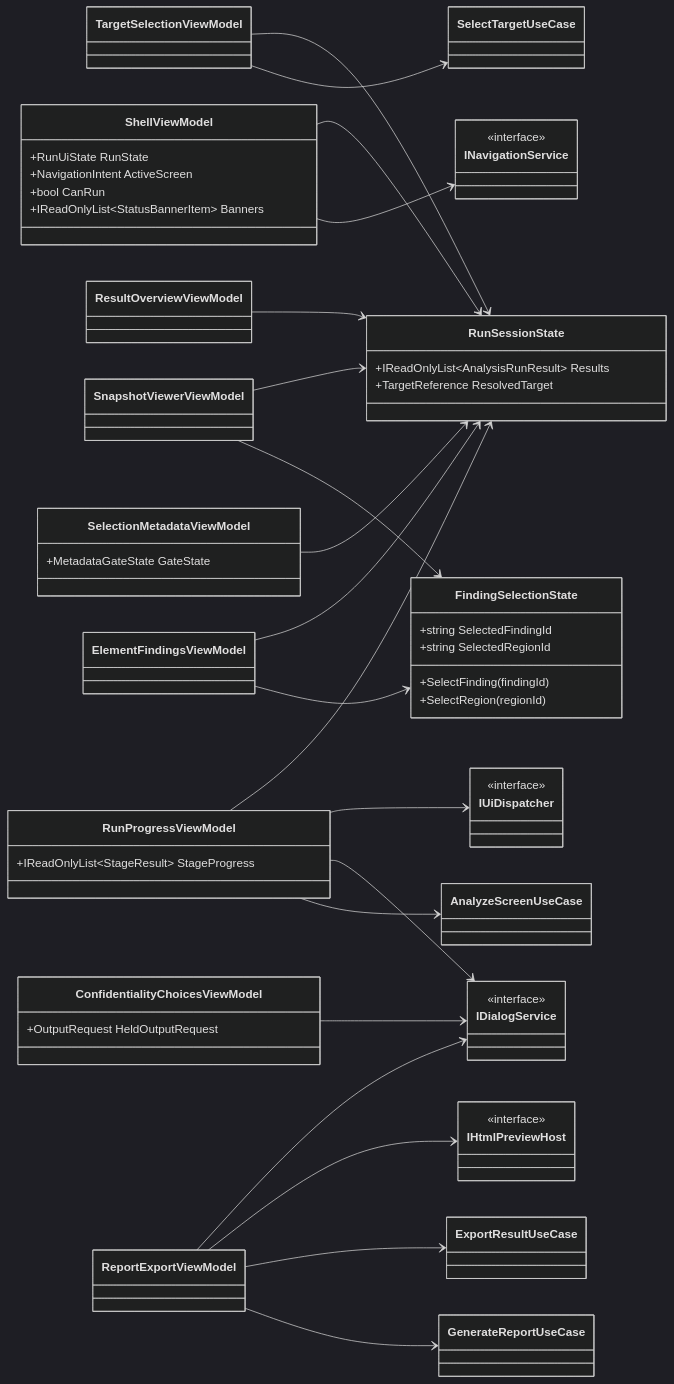
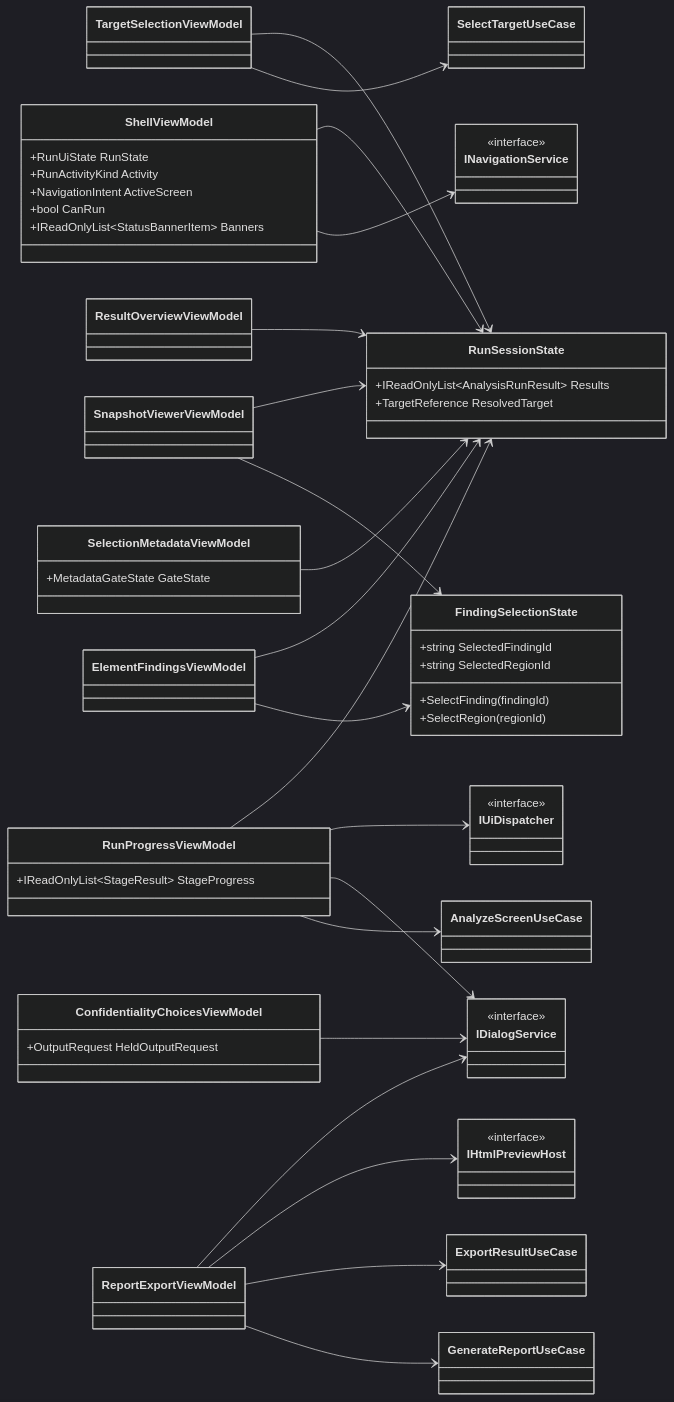
Before and after one commit to urario/Surveyor: the first of 3 diagrams in knowledge/design/des-0016-operating-ui-detailed-design.md, drawn with Mermaid (dark theme). The commit also changed other lines of this file and 1 other file, not shown here.

````diff
--- a/knowledge/design/des-0016-operating-ui-detailed-design.md
+++ b/knowledge/design/des-0016-operating-ui-detailed-design.md
@@ -381,68 +408,69 @@
 ```mermaid
 classDiagram
   direction LR
 
   class ShellViewModel {
     +RunUiState RunState
+    +RunActivityKind Activity
     +NavigationIntent ActiveScreen
     +bool CanRun
     +IReadOnlyList~StatusBannerItem~ Banners
   }
 
   class TargetSelectionViewModel
   class SelectionMetadataViewModel {
     +MetadataGateState GateState
   }
   class RunProgressViewModel {
     +IReadOnlyList~StageResult~ StageProgress
   }
   class ResultOverviewViewModel
   class ElementFindingsViewModel
   class SnapshotViewerViewModel
   class ReportExportViewModel
   class ConfidentialityChoicesViewModel {
     +OutputRequest HeldOutputRequest
   }
 
   class FindingSelectionState {
     +string SelectedFindingId
     +string SelectedRegionId
     +SelectFinding(findingId)
     +SelectRegion(regionId)
   }
 
   class RunSessionState {
     +IReadOnlyList~AnalysisRunResult~ Results
     +TargetReference ResolvedTarget
   }
 
   class INavigationService { <<interface>> }
   class IDialogService { <<interface>> }
   class IUiDispatcher { <<interface>> }
   class IHtmlPreviewHost { <<interface>> }
 
   class SelectTargetUseCase
   class AnalyzeScreenUseCase
   class GenerateReportUseCase
   class ExportResultUseCase
 
   ShellViewModel --> INavigationService
   ShellViewModel --> RunSessionState
   TargetSelectionViewModel --> SelectTargetUseCase
   TargetSelectionViewModel --> RunSessionState
   SelectionMetadataViewModel --> RunSessionState
   RunProgressViewModel --> AnalyzeScreenUseCase
   RunProgressViewModel --> IDialogService
   RunProgressViewModel --> IUiDispatcher
   RunProgressViewModel --> RunSessionState
   ResultOverviewViewModel --> RunSessionState
   ElementFindingsViewModel --> FindingSelectionState
   ElementFindingsViewModel --> RunSessionState
   SnapshotViewerViewModel --> FindingSelectionState
   SnapshotViewerViewModel --> RunSessionState
   ReportExportViewModel --> GenerateReportUseCase
   ReportExportViewModel --> ExportResultUseCase
   ReportExportViewModel --> IHtmlPreviewHost
   ReportExportViewModel --> IDialogService
   ConfidentialityChoicesViewModel --> IDialogService
 ```
````
